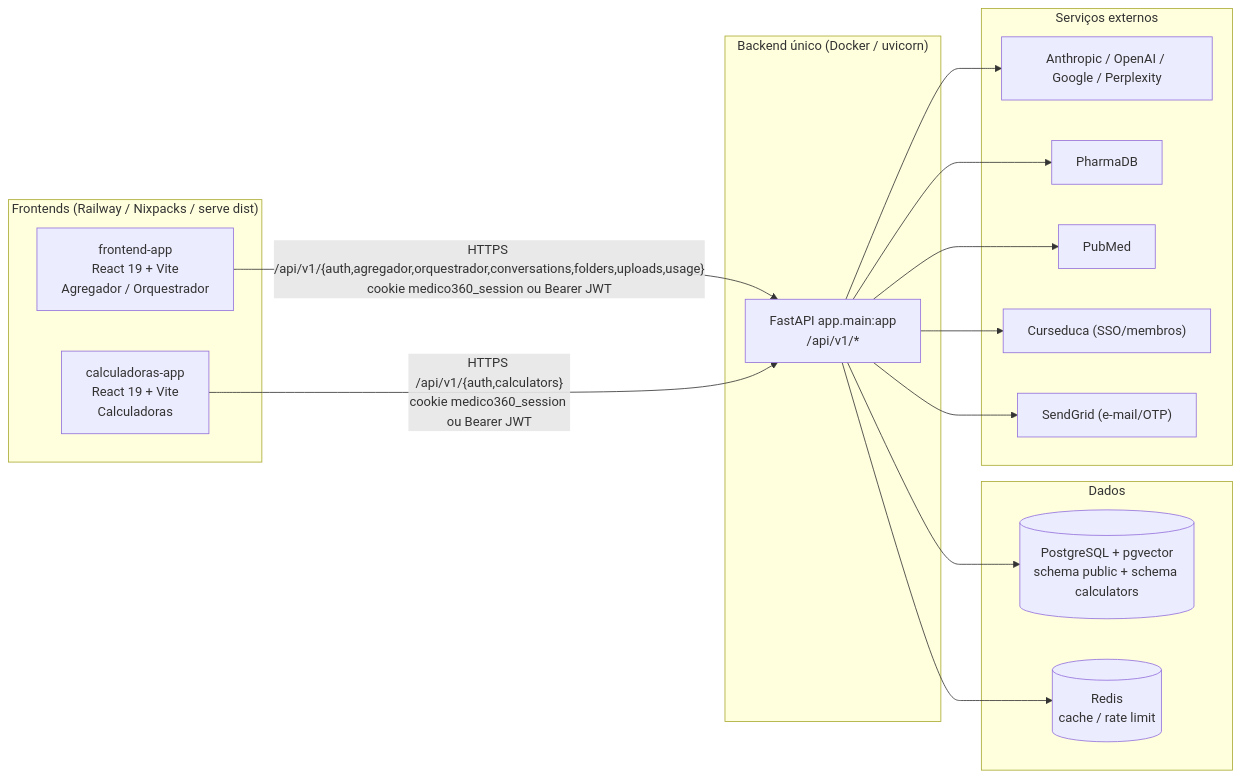
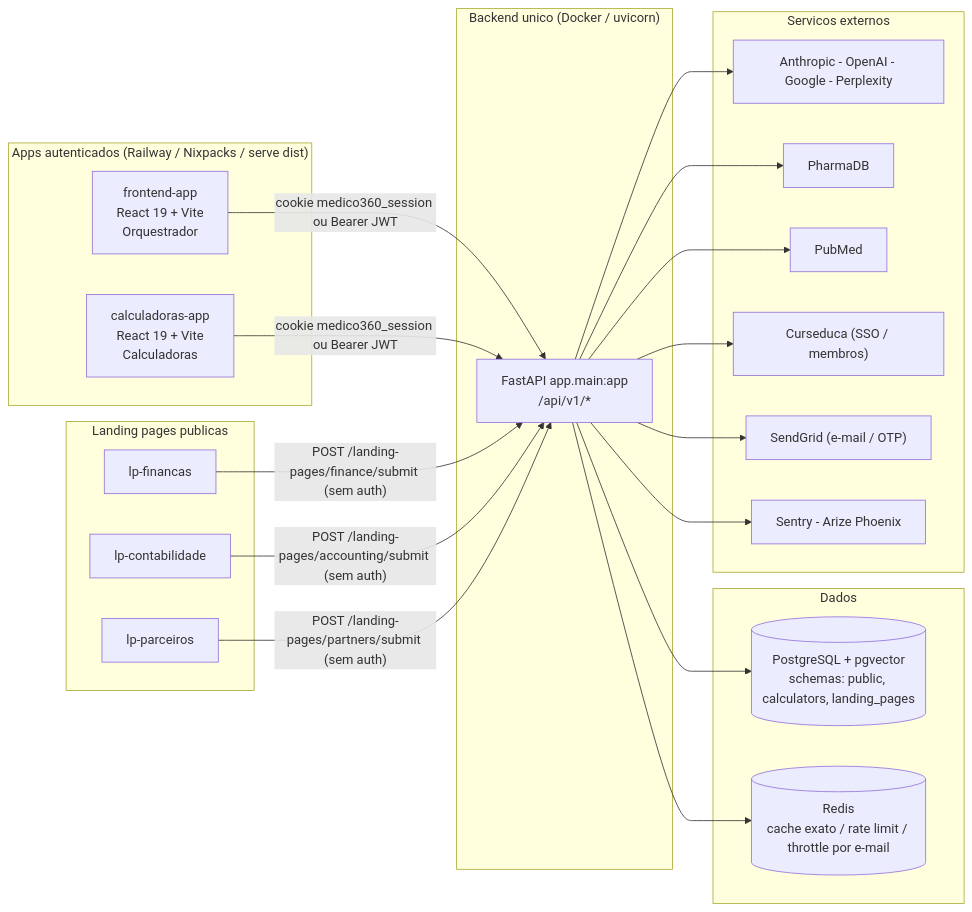
The first of 3 diagrams in docs/ARQUITETURA_TECNICA.md (siedlarczyk-98/IA-Medico-360), drawn with Mermaid before and after one commit. The commit also changed other lines of this file and 11 other files, not shown here.

````diff
--- a/docs/ARQUITETURA_TECNICA.md
+++ b/docs/ARQUITETURA_TECNICA.md
@@ -21,34 +69,45 @@
 ```mermaid
 flowchart LR
-    subgraph Frontends["Frontends (Railway / Nixpacks / serve dist)"]
-        FA["frontend-app\nReact 19 + Vite\nAgregador / Orquestrador"]
-        CA["calculadoras-app\nReact 19 + Vite\nCalculadoras"]
+    subgraph Apps["Apps autenticados (Railway / Nixpacks / serve dist)"]
+        FA["frontend-app<br/>React 19 + Vite<br/>Orquestrador"]
+        CA["calculadoras-app<br/>React 19 + Vite<br/>Calculadoras"]
     end
 
-    subgraph Backend["Backend único (Docker / uvicorn)"]
-        API["FastAPI app.main:app\n/api/v1/*"]
+    subgraph LPs["Landing pages publicas"]
+        LF["lp-financas"]
+        LC["lp-contabilidade"]
+        LPP["lp-parceiros"]
+    end
+
+    subgraph Backend["Backend unico (Docker / uvicorn)"]
+        API["FastAPI app.main:app<br/>/api/v1/*"]
     end
 
     subgraph Dados["Dados"]
-        PG[("PostgreSQL + pgvector\nschema public + schema calculators")]
-        RD[("Redis\ncache / rate limit")]
+        PG[("PostgreSQL + pgvector<br/>schemas: public, calculators, landing_pages")]
+        RD[("Redis<br/>cache exato / rate limit / throttle por e-mail")]
     end
 
-    subgraph Externos["Serviços externos"]
-        LLM["Anthropic / OpenAI / Google / Perplexity"]
+    subgraph Externos["Servicos externos"]
+        LLM["Anthropic - OpenAI - Google - Perplexity"]
         PHARMA["PharmaDB"]
         PUBMED["PubMed"]
-        CURSE["Curseduca (SSO/membros)"]
-        SG["SendGrid (e-mail/OTP)"]
+        CURSE["Curseduca (SSO / membros)"]
+        SG["SendGrid (e-mail / OTP)"]
+        OBS["Sentry - Arize Phoenix"]
     end
 
-    FA -- "HTTPS /api/v1/{auth,agregador,orquestrador,conversations,folders,uploads,usage}\ncookie medico360_session ou Bearer JWT" --> API
-    CA -- "HTTPS /api/v1/{auth,calculators}\ncookie medico360_session ou Bearer JWT" --> API
+    FA -- "cookie medico360_session ou Bearer JWT" --> API
+    CA -- "cookie medico360_session ou Bearer JWT" --> API
+    LF -- "POST /landing-pages/finance/submit (sem auth)" --> API
+    LC -- "POST /landing-pages/accounting/submit (sem auth)" --> API
+    LPP -- "POST /landing-pages/partners/submit (sem auth)" --> API
     API --> PG
     API --> RD
     API --> LLM
     API --> PHARMA
     API --> PUBMED
     API --> CURSE
     API --> SG
+    API --> OBS
 ```
````
